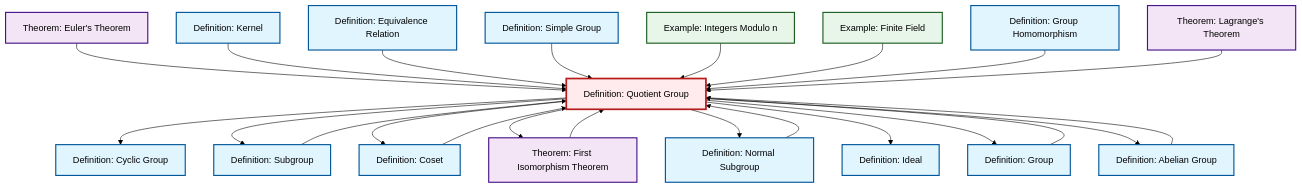
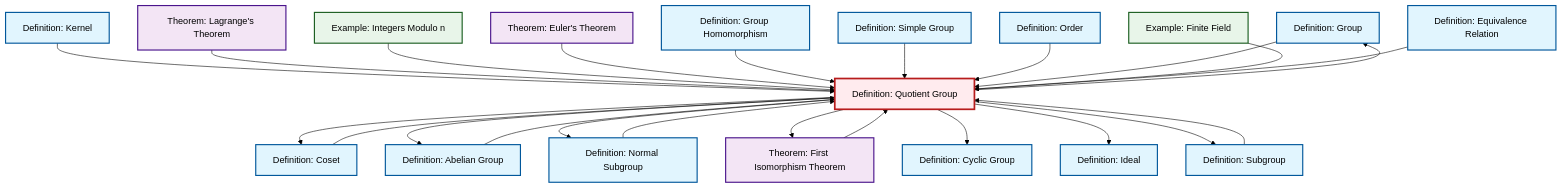
One commit to RK0429/ModernMath changed the diagram in content/en/algebra/def-quotient-group.qmd. Above: the diagram before and after it, drawn with Mermaid (forest theme). The commit also changed other lines of this file and 36 other files, not shown here.

````diff
--- a/content/en/algebra/def-quotient-group.qmd
+++ b/content/en/algebra/def-quotient-group.qmd
@@ -145,65 +147,68 @@
 ```{mermaid}
 %%| fig-cap: "Local dependency graph"
 graph TD
     classDef definition fill:#e1f5fe,stroke:#01579b,stroke-width:2px
     classDef theorem fill:#f3e5f5,stroke:#4a148c,stroke-width:2px
     classDef axiom fill:#fff3e0,stroke:#e65100,stroke-width:2px
     classDef example fill:#e8f5e9,stroke:#1b5e20,stroke-width:2px
     classDef current fill:#ffebee,stroke:#b71c1c,stroke-width:3px
-    def-quotient-group["Definition: Quotient Group"]:::definition
-    ex-finite-field["Example: Finite Field"]:::example
-    def-kernel["Definition: Kernel"]:::definition
     def-ideal["Definition: Ideal"]:::definition
-    def-abelian-group["Definition: Abelian Group"]:::definition
-    def-subgroup["Definition: Subgroup"]:::definition
-    def-simple-group["Definition: Simple Group"]:::definition
-    def-cyclic-group["Definition: Cyclic Group"]:::definition
-    thm-euler["Theorem: Euler's Theorem"]:::theorem
+    def-group["Definition: Group"]:::definition
     ex-quotient-integers-mod-n["Example: Integers Modulo n"]:::example
-    def-group["Definition: Group"]:::definition
-    def-equivalence-relation["Definition: Equivalence Relation"]:::definition
-    def-normal-subgroup["Definition: Normal Subgroup"]:::definition
     def-homomorphism["Definition: Group Homomorphism"]:::definition
     def-coset["Definition: Coset"]:::definition
+    def-cyclic-group["Definition: Cyclic Group"]:::definition
+    thm-first-isomorphism["Theorem: First Isomorphism Theorem"]:::theorem
+    def-equivalence-relation["Definition: Equivalence Relation"]:::definition
+    def-quotient-group["Definition: Quotient Group"]:::definition
+    thm-euler["Theorem: Euler's Theorem"]:::theorem
+    def-subgroup["Definition: Subgroup"]:::definition
     thm-lagrange["Theorem: Lagrange's Theorem"]:::theorem
-    thm-first-isomorphism["Theorem: First Isomorphism Theorem"]:::theorem
+    def-order["Definition: Order"]:::definition
+    def-simple-group["Definition: Simple Group"]:::definition
+    def-kernel["Definition: Kernel"]:::definition
+    def-abelian-group["Definition: Abelian Group"]:::definition
+    ex-finite-field["Example: Finite Field"]:::example
+    def-normal-subgroup["Definition: Normal Subgroup"]:::definition
+    def-quotient-group --> def-coset
+    def-quotient-group --> def-abelian-group
+    def-kernel --> def-quotient-group
+    def-subgroup --> def-quotient-group
+    def-quotient-group --> def-normal-subgroup
+    thm-lagrange --> def-quotient-group
+    def-quotient-group --> thm-first-isomorphism
+    ex-quotient-integers-mod-n --> def-quotient-group
+    thm-euler --> def-quotient-group
+    def-homomorphism --> def-quotient-group
+    def-normal-subgroup --> def-quotient-group
+    def-simple-group --> def-quotient-group
+    def-order --> def-quotient-group
+    def-group --> def-quotient-group
+    ex-finite-field --> def-quotient-group
     def-coset --> def-quotient-group
     def-quotient-group --> def-cyclic-group
+    def-equivalence-relation --> def-quotient-group
+    def-quotient-group --> def-ideal
+    def-abelian-group --> def-quotient-group
+    def-quotient-group --> def-group
     def-quotient-group --> def-subgroup
-    thm-euler --> def-quotient-group
-    def-group --> def-quotient-group
-    def-quotient-group --> def-coset
-    def-quotient-group --> thm-first-isomorphism
-    def-subgroup --> def-quotient-group
     thm-first-isomorphism --> def-quotient-group
-    def-kernel --> def-quotient-group
-    def-equivalence-relation --> def-quotient-group
-    def-quotient-group --> def-normal-subgroup
-    def-simple-group --> def-quotient-group
-    ex-quotient-integers-mod-n --> def-quotient-group
-    def-quotient-group --> def-ideal
-    def-quotient-group --> def-group
-    ex-finite-field --> def-quotient-group
-    def-abelian-group --> def-quotient-group
-    def-quotient-group --> def-abelian-group
-    def-homomorphism --> def-quotient-group
-    def-normal-subgroup --> def-quotient-group
-    thm-lagrange --> def-quotient-group
     class def-quotient-group current
-    click ex-finite-field "ex-finite-field.html" "Go to Finite Field example"
-    click def-kernel "def-kernel.html" "Go to Kernel definition"
     click def-ideal "def-ideal.html" "Go to Ideal definition"
-    click def-abelian-group "def-abelian-group.html" "Go to Abelian Group definition"
-    click def-subgroup "def-subgroup.html" "Go to Subgroup definition"
-    click def-simple-group "def-simple-group.html" "Go to Simple Group definition"
-    click def-cyclic-group "def-cyclic-group.html" "Go to Cyclic Group definition"
-    click thm-euler "thm-euler.html" "Go to Euler's Theorem theorem"
+    click def-group "def-group.html" "Go to Group definition"
     click ex-quotient-integers-mod-n "ex-quotient-integers-mod-n.html" "Go to Integers Modulo n example"
-    click def-group "def-group.html" "Go to Group definition"
-    click def-equivalence-relation "def-equivalence-relation.html" "Go to Equivalence Relation definition"
-    click def-normal-subgroup "def-normal-subgroup.html" "Go to Normal Subgroup definition"
     click def-homomorphism "def-homomorphism.html" "Go to Group Homomorphism definition"
     click def-coset "def-coset.html" "Go to Coset definition"
+    click def-cyclic-group "def-cyclic-group.html" "Go to Cyclic Group definition"
+    click thm-first-isomorphism "thm-first-isomorphism.html" "Go to First Isomorphism Theorem theorem"
+    click def-equivalence-relation "def-equivalence-relation.html" "Go to Equivalence Relation definition"
+    click thm-euler "thm-euler.html" "Go to Euler's Theorem theorem"
+    click def-subgroup "def-subgroup.html" "Go to Subgroup definition"
     click thm-lagrange "thm-lagrange.html" "Go to Lagrange's Theorem theorem"
-    click thm-first-isomorphism "thm-first-isomorphism.html" "Go to First Isomorphism Theorem theorem"
+    click def-order "def-order.html" "Go to Order definition"
+    click def-simple-group "def-simple-group.html" "Go to Simple Group definition"
+    click def-kernel "def-kernel.html" "Go to Kernel definition"
+    click def-abelian-group "def-abelian-group.html" "Go to Abelian Group definition"
+    click ex-finite-field "ex-finite-field.html" "Go to Finite Field example"
+    click def-normal-subgroup "def-normal-subgroup.html" "Go to Normal Subgroup definition"
 ```
````
